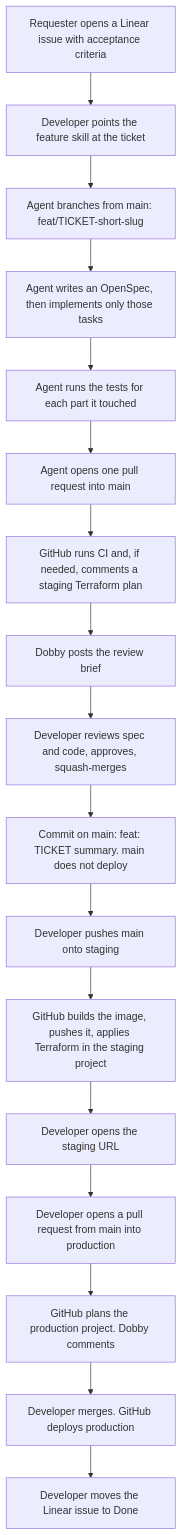
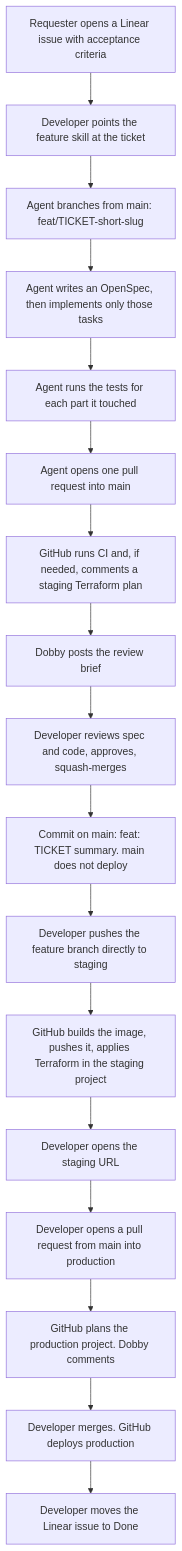
Before and after one commit to opptra/sdlc-resources: the second of 3 diagrams in docs/workflows.md, drawn with Mermaid. The commit also changed other lines of this file and 12 other files, not shown here.

````diff
--- a/docs/workflows.md
+++ b/docs/workflows.md
@@ -40,19 +40,19 @@
 ```mermaid
 flowchart TD
   A[Requester opens a Linear issue with acceptance criteria] --> B[Developer points the feature skill at the ticket]
   B --> C["Agent branches from main: feat/TICKET-short-slug"]
   C --> D[Agent writes an OpenSpec, then implements only those tasks]
   D --> E[Agent runs the tests for each part it touched]
   E --> F[Agent opens one pull request into main]
   F --> G[GitHub runs CI and, if needed, comments a staging Terraform plan]
   G --> H[Dobby posts the review brief]
   H --> I[Developer reviews spec and code, approves, squash-merges]
   I --> J["Commit on main: feat: TICKET summary. main does not deploy"]
-  J --> K[Developer pushes main onto staging]
+  J --> K[Developer pushes the feature branch directly to staging]
   K --> L[GitHub builds the image, pushes it, applies Terraform in the staging project]
   L --> M[Developer opens the staging URL]
   M --> N[Developer opens a pull request from main into production]
   N --> O[GitHub plans the production project. Dobby comments]
   O --> P[Developer merges. GitHub deploys production]
   P --> Q[Developer moves the Linear issue to Done]
 ```
````
